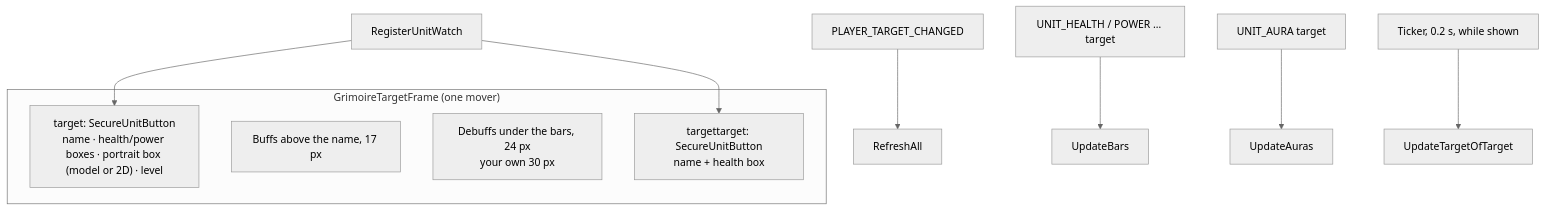
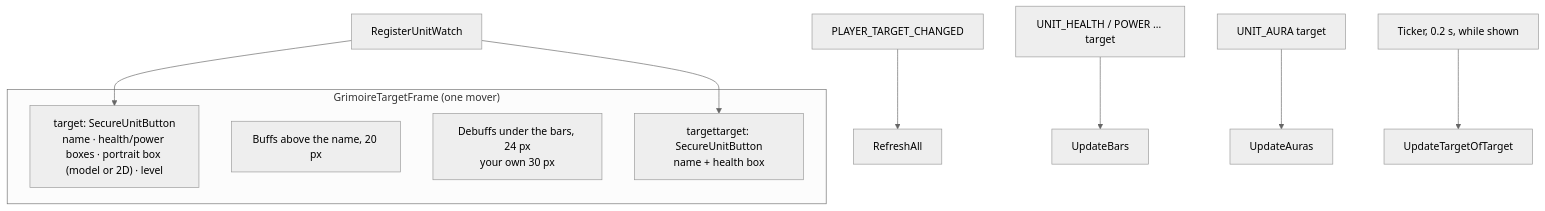
One commit to PhillypHenning/grimoire changed the second of 2 diagrams in docs/features/target/README.md. Above: the diagram before and after it, drawn with Mermaid (neutral theme). The commit also changed other lines of this file and 1 other file, not shown here.

Commit message:
Target: buff icons 20 px (were 17)

````diff
--- a/docs/features/target/README.md
+++ b/docs/features/target/README.md
@@ -26,14 +26,14 @@
 ```mermaid
 flowchart TD
     subgraph Mover["GrimoireTargetFrame (one mover)"]
         T["target: SecureUnitButton<br/>name · health/power boxes · portrait box (model or 2D) · level"]
-        B[Buffs above the name, 17 px]
+        B[Buffs above the name, 20 px]
         D[Debuffs under the bars, 24 px<br/>your own 30 px]
         ToT[targettarget: SecureUnitButton<br/>name + health box]
     end
     PTC[PLAYER_TARGET_CHANGED] --> RA[RefreshAll]
     UE[UNIT_HEALTH / POWER … target] --> Bars[UpdateBars]
     UA[UNIT_AURA target] --> Auras[UpdateAuras]
     TK[Ticker, 0.2 s, while shown] --> ToTU[UpdateTargetOfTarget]
     UW[RegisterUnitWatch] --> T & ToT
 ```
````
